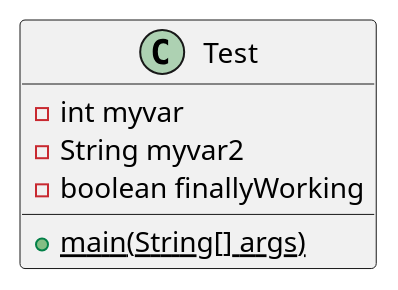
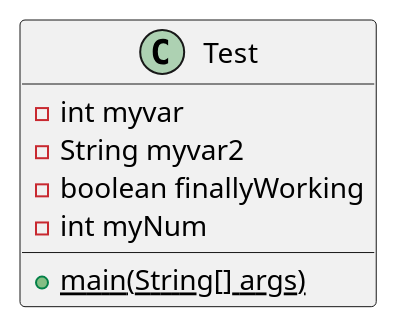
The diagram in docs/uml/test.puml (andrewdimmer/csi-3370-software-project-config-test), drawn with PlantUML before and after one commit.

```diff
--- a/docs/uml/test.puml
+++ b/docs/uml/test.puml
@@ -1,10 +1,11 @@
 @startuml test
 
 class Test {
     - int myvar
     - String myvar2
     - boolean finallyWorking
+    - int myNum
     {static} + main(String[] args)
 }
 
 @enduml
```
